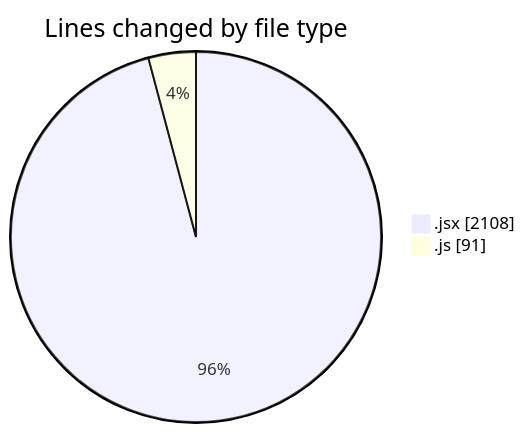
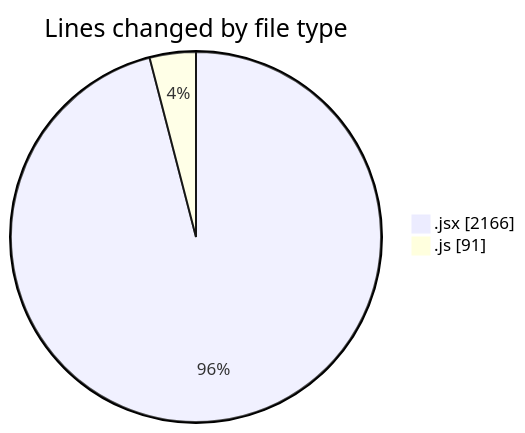
One commit to nxtqubesakshisongat/code-tracking changed the first of 2 diagrams in 2025-07-07/argos/README.md. Above: the diagram before and after it, drawn with Mermaid. The commit also changed other lines of this file and 1 other file, not shown here.

````diff
--- a/2025-07-07/argos/README.md
+++ b/2025-07-07/argos/README.md
@@ -23,6 +23,6 @@
 ```mermaid
 pie showData
 title Lines changed by file type
-".jsx" : 2108
+".jsx" : 2166
 ".js" : 91
 ```
````
